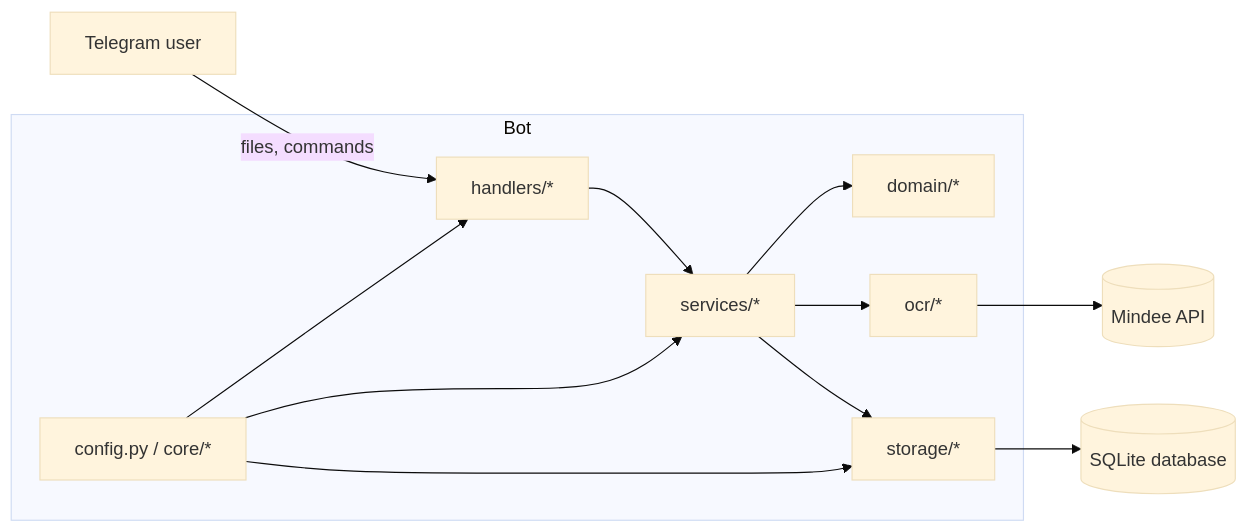
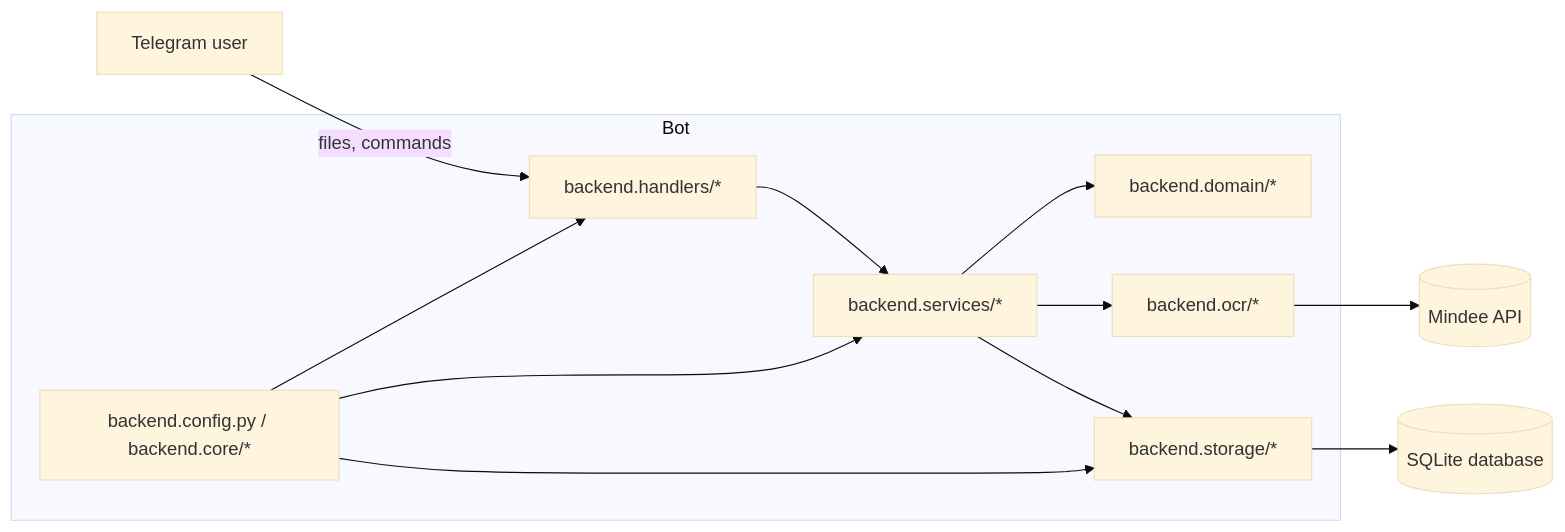
The first of 2 diagrams in docs/en/architecture.md (AmaLS367/InvoiceFlowBot), drawn with Mermaid (base theme) before and after one commit. The commit also changed other lines of this file, not shown here.

Commit message:
docs: update architecture.md to reflect backend/ structure

````diff
--- a/docs/en/architecture.md
+++ b/docs/en/architecture.md
@@ -37,23 +37,23 @@
 ```mermaid
 flowchart LR
     TgUser[Telegram user] -->|files, commands| Handlers
 
     subgraph Bot
-        Handlers[handlers/*]
-        Services[services/*]
-        Domain[domain/*]
-        OCR[ocr/*]
-        Storage[storage/*]
-        Config[config.py / core/*]
+        Handlers[backend.handlers/*]
+        Services[backend.services/*]
+        Domain[backend.domain/*]
+        OCR[backend.ocr/*]
+        Storage[backend.storage/*]
+        Config[backend.config.py / backend.core/*]
     end
 
     Handlers --> Services
     Services --> Domain
     Services --> OCR
     Services --> Storage
     OCR --> MindeeAPI[(Mindee API)]
     Storage --> SQLite[(SQLite database)]
     Config --> Handlers
     Config --> Services
     Config --> Storage
 ```
````
